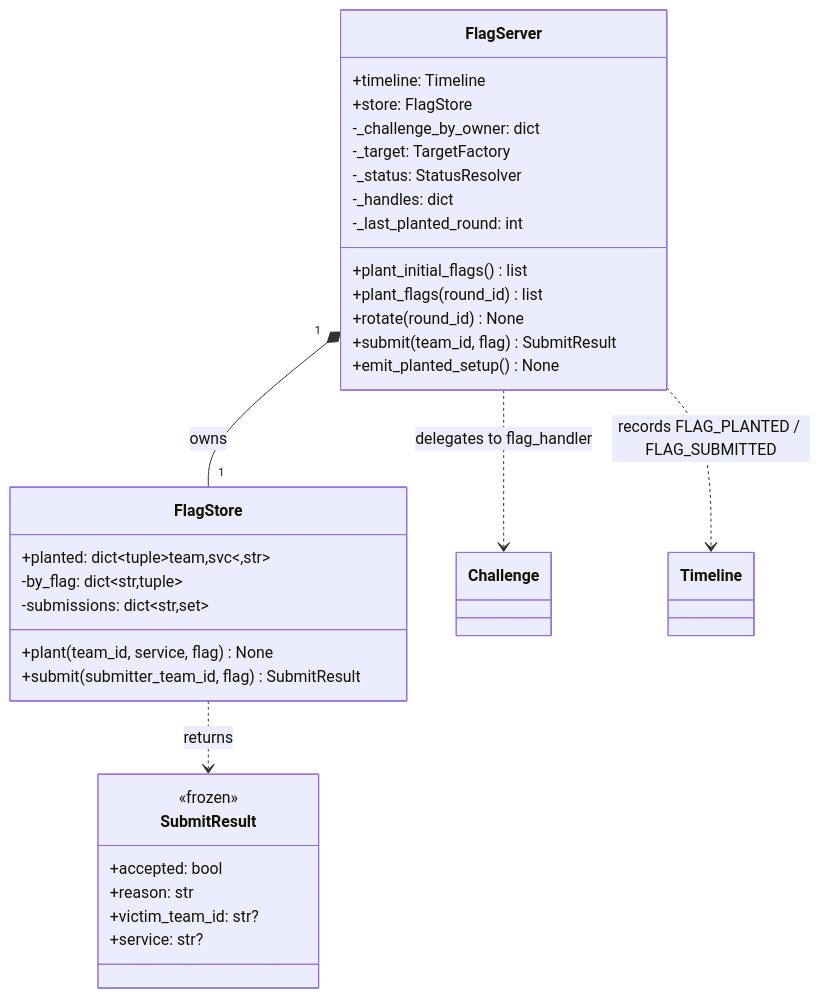
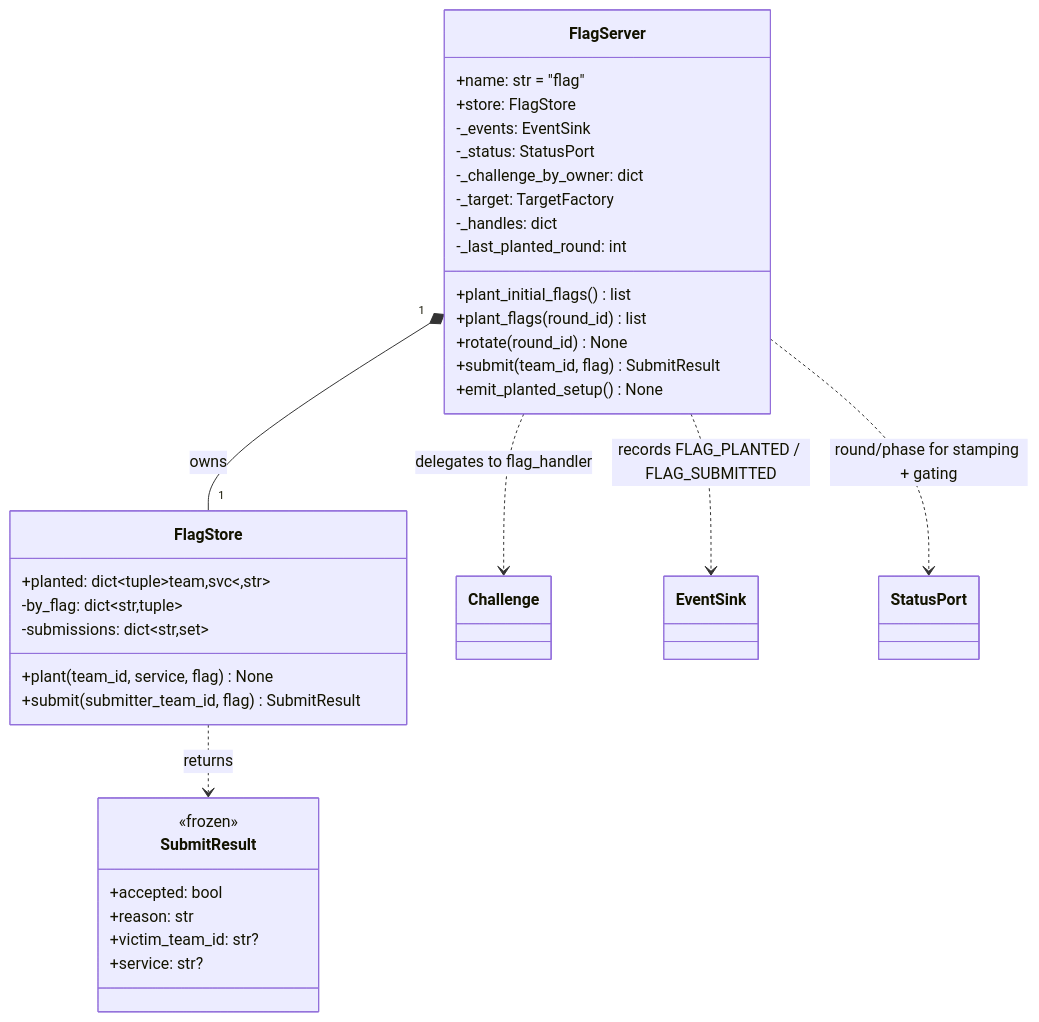
The first of 2 diagrams in docs/UML/flag.md (YueyangPan/CyberArenaOrchestration), drawn with Mermaid before and after one commit. The commit also changed other lines of this file and 34 other files, not shown here.

````diff
--- a/docs/UML/flag.md
+++ b/docs/UML/flag.md
@@ -21,38 +23,40 @@
 ```mermaid
 classDiagram
   class FlagStore {
     +planted: dict~tuple~team,svc~,str~
     -by_flag: dict~str,tuple~
     -submissions: dict~str,set~
     +plant(team_id, service, flag) None
     +submit(submitter_team_id, flag) SubmitResult
   }
 
   class SubmitResult {
     <<frozen>>
     +accepted: bool
     +reason: str
     +victim_team_id: str?
     +service: str?
   }
 
   class FlagServer {
-    +timeline: Timeline
+    +name: str = "flag"
     +store: FlagStore
+    -_events: EventSink
+    -_status: StatusPort
     -_challenge_by_owner: dict
     -_target: TargetFactory
-    -_status: StatusResolver
     -_handles: dict
     -_last_planted_round: int
     +plant_initial_flags() list
     +plant_flags(round_id) list
     +rotate(round_id) None
     +submit(team_id, flag) SubmitResult
     +emit_planted_setup() None
   }
 
   FlagServer "1" *-- "1" FlagStore : owns
   FlagStore ..> SubmitResult : returns
   FlagServer ..> Challenge : delegates to flag_handler
-  FlagServer ..> Timeline : records FLAG_PLANTED / FLAG_SUBMITTED
+  FlagServer ..> EventSink : records FLAG_PLANTED / FLAG_SUBMITTED
+  FlagServer ..> StatusPort : round/phase for stamping + gating
 ```
````
